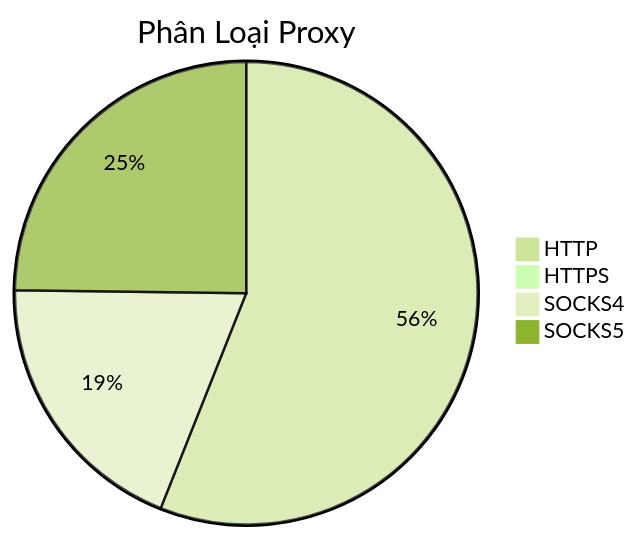
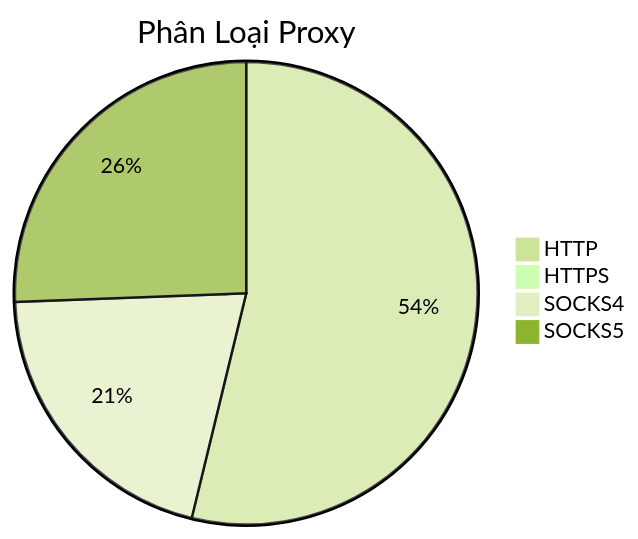
The diagram in README.md (Ciara-12/PROXY-free), drawn with Mermaid (forest theme) before and after one commit. The commit also changed other lines of this file and 4 other files, not shown here.

````diff
--- a/README.md
+++ b/README.md
@@ -26,7 +26,7 @@
 ```mermaid
 pie title Phân Loại Proxy
-    "HTTP" : 809
-    "HTTPS" : 2
-    "SOCKS4" : 277
-    "SOCKS5" : 358
+    "HTTP" : 710
+    "HTTPS" : 1
+    "SOCKS4" : 272
+    "SOCKS5" : 338
 ```
````
